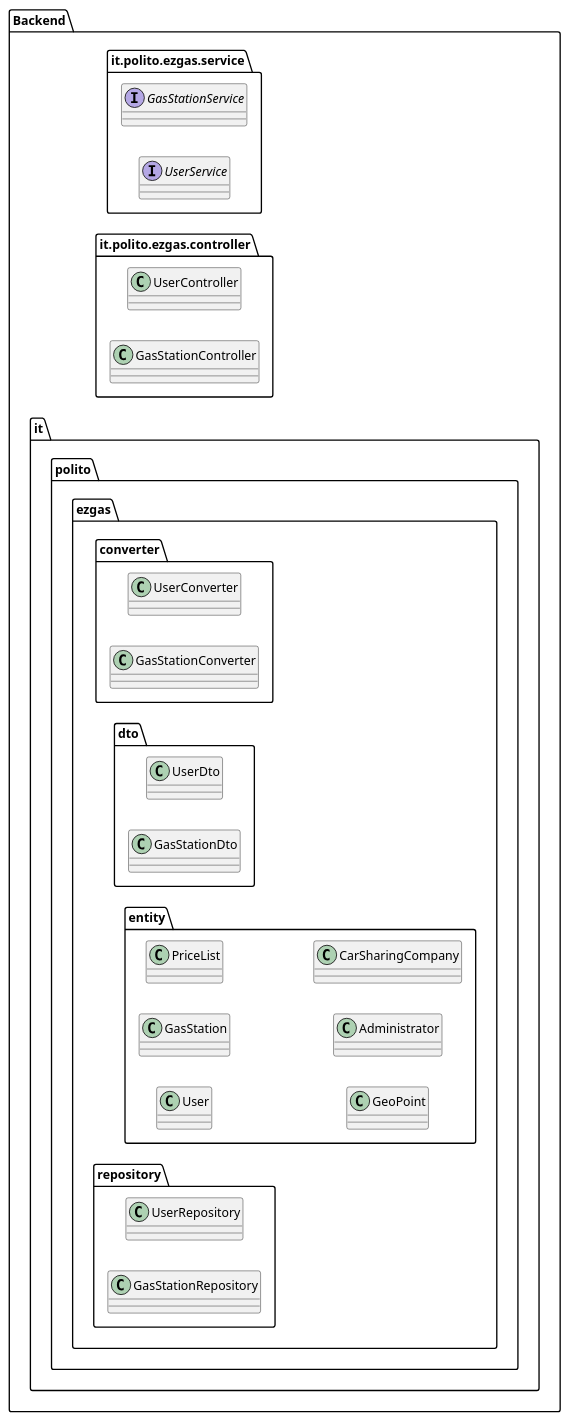
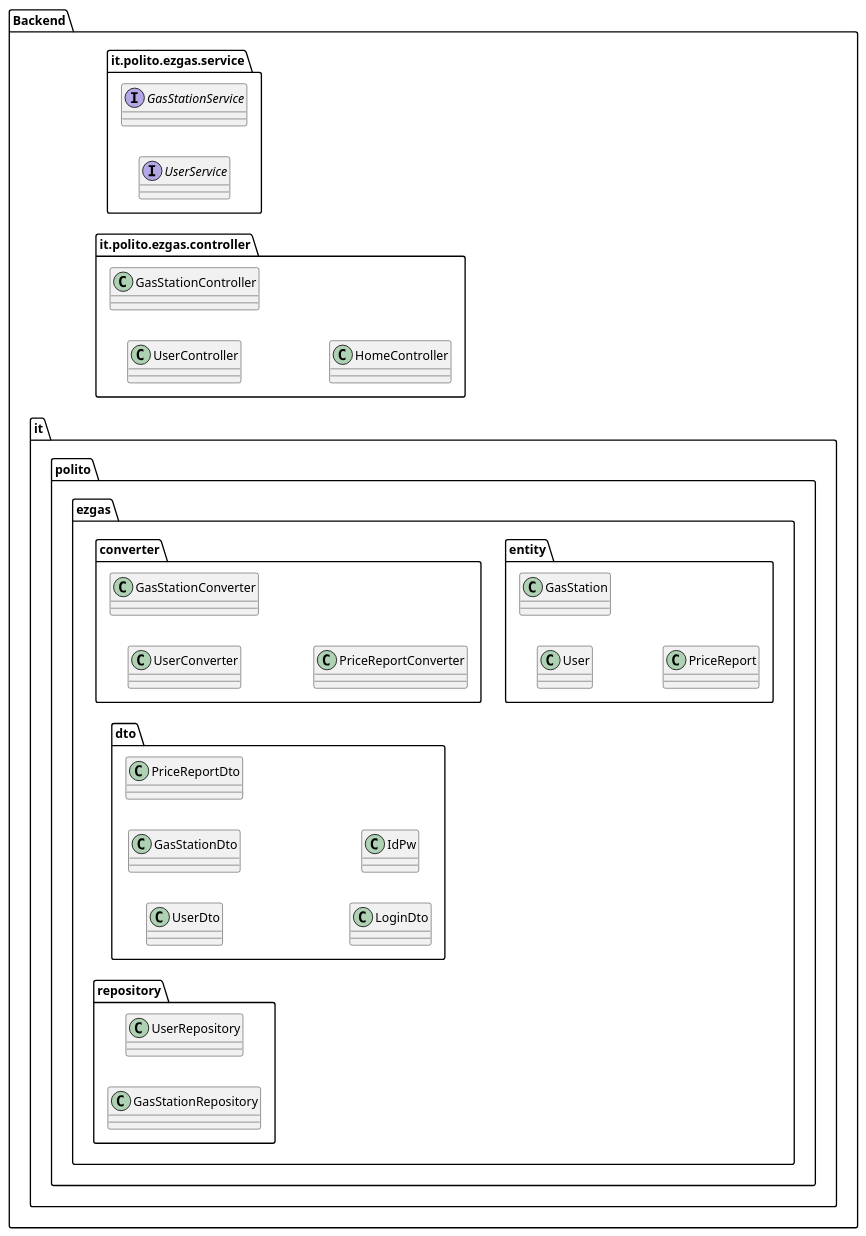
One commit to mosTavassoli/ezgas changed the fourth of 5 diagrams in docs/DesignDocument.md. Above: the diagram before and after it, drawn with PlantUML. The commit also changed other lines of this file, not shown here.

Commit message:
docs(DesignDocument): add first draft of Verification sequence diagrams

````diff
--- a/docs/DesignDocument.md
+++ b/docs/DesignDocument.md
@@ -227,43 +227,45 @@
 ```plantuml
 @startuml
 left to right direction
 package "Backend" {
 package "it.polito.ezgas.service"  as ps {
    interface "GasStationService"
    interface "UserService"
 }
 
 
 package "it.polito.ezgas.controller" as pc{
    class "UserController"
    class "GasStationController"
+   class "HomeController"
 }
 
 package "it.polito.ezgas.converter" {
    class "UserConverter"
    class "GasStationConverter"
+   class "PriceReportConverter"
 }
 
 package "it.polito.ezgas.dto" {
    class "UserDto"
    class "GasStationDto"
+   class "PriceReportDto"
+   class "LoginDto"
+   class "IdPw"
 }
 
 package "it.polito.ezgas.entity" {
    class "User"
    class "GasStation"
-   class "PriceList"
-   class "GeoPoint"
-   class "Administrator"
-   class "CarSharingCompany"
+   class "PriceReport"
 }
 
 package "it.polito.ezgas.repository" {
    class "UserRepository"
    class "GasStationRepository"
 }
 
 }
 
 @enduml
 ```
````
